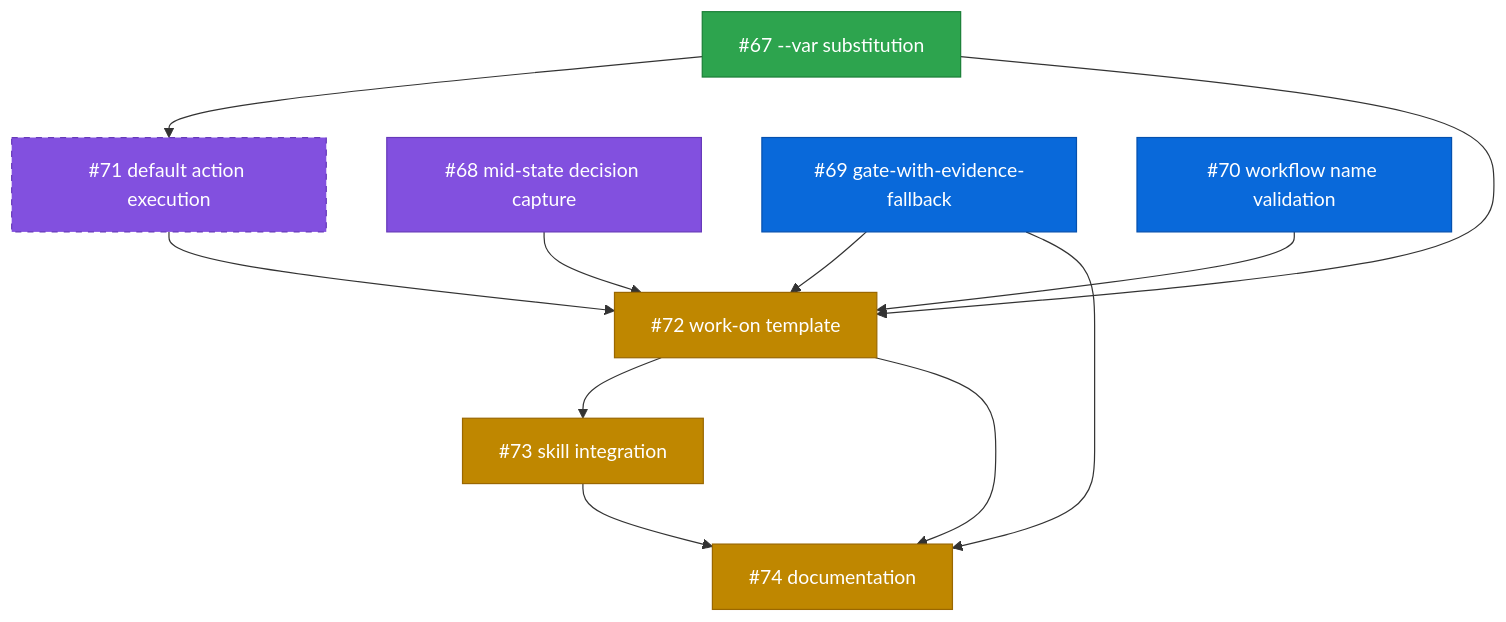
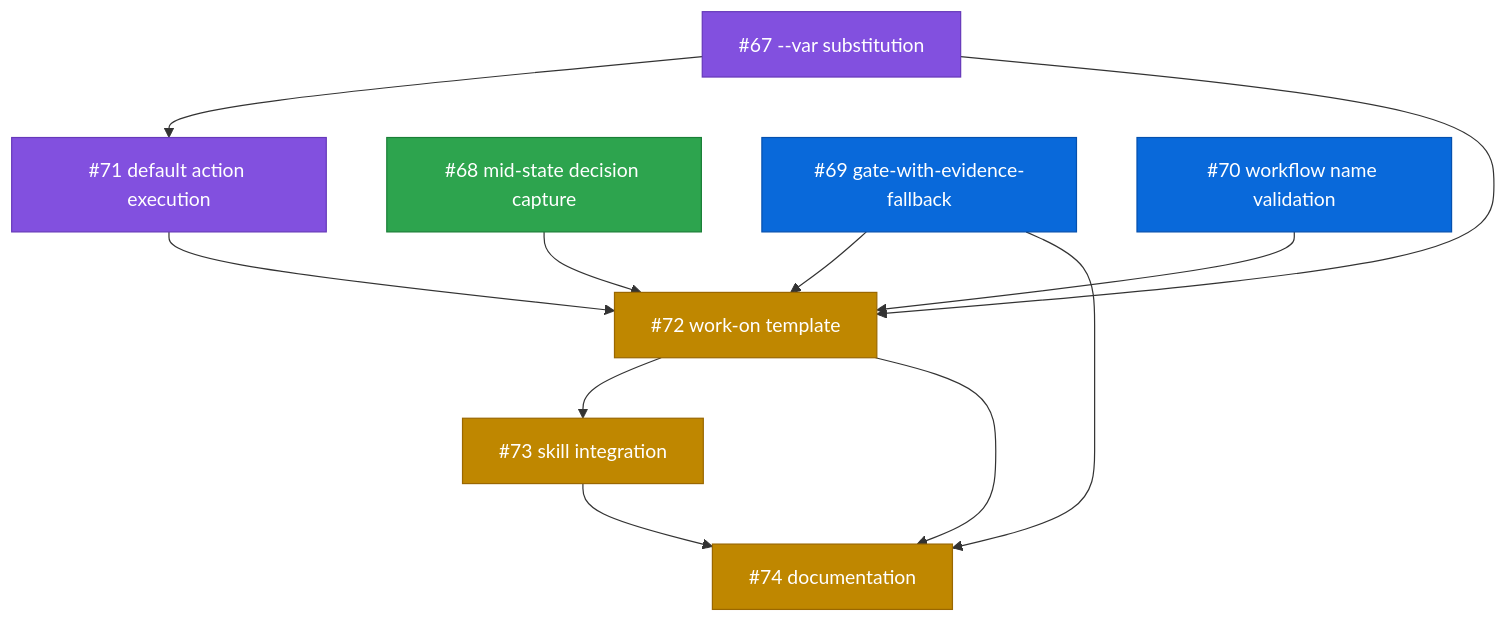
The diagram in docs/plans/PLAN-shirabe-work-on-template.md (tsukumogami/koto), drawn with Mermaid before and after one commit. The commit also changed other lines of this file, not shown here.

First line of the commit message:
docs(plan): mark #68 (decision capture) as done in PLAN doc

````diff
--- a/docs/plans/PLAN-shirabe-work-on-template.md
+++ b/docs/plans/PLAN-shirabe-work-on-template.md
@@ -47,38 +45,38 @@
 ```mermaid
 graph TD
     I67["#67 --var substitution"]
     I71["#71 default action execution"]
     I68["#68 mid-state decision capture"]
     I69["#69 gate-with-evidence-fallback"]
     I70["#70 workflow name validation"]
     I72["#72 work-on template"]
     I73["#73 skill integration"]
     I74["#74 documentation"]
 
     I67 --> I71
     I67 --> I72
     I71 --> I72
     I68 --> I72
     I69 --> I72
     I70 --> I72
     I69 --> I74
     I72 --> I73
     I72 --> I74
     I73 --> I74
 
     classDef done fill:#2da44e,stroke:#1a7f37,color:white
     classDef ready fill:#0969da,stroke:#0550ae,color:white
     classDef blocked fill:#bf8700,stroke:#9a6700,color:white
     classDef needsDesign fill:#8250df,stroke:#6639ba,color:white
     classDef needsPrd fill:#cf222e,stroke:#a40e26,color:white
     classDef needsSpike fill:#bf3989,stroke:#99286e,color:white
     classDef needsDecision fill:#e16f24,stroke:#b35900,color:white
     classDef tracksDesign fill:#8250df,stroke:#6639ba,color:white,stroke-dasharray: 5 5
     classDef tracksPlan fill:#0969da,stroke:#0550ae,color:white,stroke-dasharray: 5 5
 
-    class I67 done
-    class I68 needsDesign
-    class I71 tracksDesign
+    class I68 done
+    class I67 needsDesign
+    class I71 needsDesign
     class I69,I70 ready
     class I72,I73,I74 blocked
 ```
````
